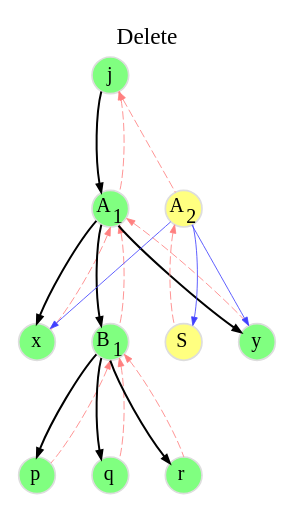
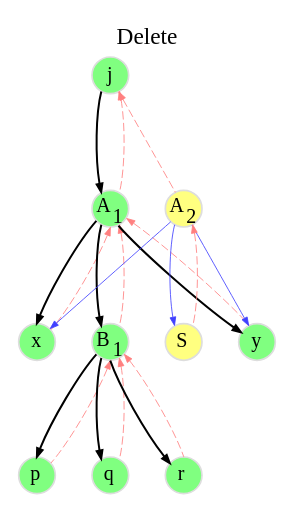
The diagram in docs/rcu/delete/d3.gv (flatcap/dparted), drawn with Graphviz before and after one commit. The commit also changed 10 other files, not shown here.

```diff
--- a/docs/rcu/delete/d3.gv
+++ b/docs/rcu/delete/d3.gv
@@ -1,65 +1,93 @@
 digraph delete {
 	graph [
 		rankdir="TB"
 		bgcolor="white"
 		color="white"
 		nodesep="0.3"
 		ranksep="0.8"
 		labelloc="t"
 		label="Delete"
 	];
 
 	node [
 		fontsize="12"
 		style="filled"
 		width="0.3"
 		height="0.3"
 		fixedsize="true"
 		penwidth="1.0"
 		color="#DDDDDD"
-		fillcolor="#80ff80"
 	];
 
 	edge [
 		penwidth="0.5"
 		color="#000000"
 		arrowsize="0.5"
 	];
 
 
-	C_j  [ label=<j>                                 ];
-	C_a1 [ label=<A<SUB>1</SUB>>                     ];
-	C_x  [ label=<x>                                 ];
-	C_b1 [ label=<B<SUB>1</SUB>>                     ];
-	C_s  [ label=<S>             fillcolor="#ffff80" ];
-	C_y  [ label=<y>                                 ];
-	C_p  [ label=<p>                                 ];
-	C_q  [ label=<q>                                 ];
-	C_r  [ label=<r>                                 ];
-	C_a2 [ label=<A<SUB>2</SUB>> fillcolor="#ffff80" ];
+	node [	// original
+		fillcolor="#80ff80"
+	];
 
-	C_j  -> C_a1 [ penwidth=1.2 ];
-	C_a1 -> C_x  [ penwidth=1.2 ];
-	C_a1 -> C_b1 [ penwidth=1.2 ];
-	C_a1 -> C_y  [ penwidth=1.2 ];
-	C_b1 -> C_p  [ penwidth=1.2 ];
-	C_b1 -> C_q  [ penwidth=1.2 ];
-	C_b1 -> C_r  [ penwidth=1.2 ];
+	C_j  [ label=<j>             ];
+	C_a1 [ label=<A<SUB>1</SUB>> ];
+	C_x  [ label=<x>             ];
+	C_b1 [ label=<B<SUB>1</SUB>> ];
+	C_y  [ label=<y>             ];
+	C_p  [ label=<p>             ];
+	C_q  [ label=<q>             ];
+	C_r  [ label=<r>             ];
 
-	C_j  -> C_a1 [ dir=back color="#ff8080" style=dashed ];
-	C_j  -> C_a2 [ dir=back color="#ff8080" style=dashed ];
-	C_a1 -> C_x  [ dir=back color="#ff8080" style=dashed ];
-	C_a1 -> C_b1 [ dir=back color="#ff8080" style=dashed ];
-	C_a1 -> C_y  [ dir=back color="#ff8080" style=dashed ];
-	C_b1 -> C_p  [ dir=back color="#ff8080" style=dashed ];
-	C_b1 -> C_q  [ dir=back color="#ff8080" style=dashed ];
-	C_b1 -> C_r  [ dir=back color="#ff8080" style=dashed ];
-	C_a2 -> C_s  [ dir=back color="#ff8080" style=dashed ];
+	node [	// changed
+		fillcolor="#ffff80"
+	];
 
-	C_a2 -> C_x  [ color="#4040ff" ];
-	C_a2 -> C_y  [ color="#4040ff" ];
-	C_a2 -> C_s  [ color="#4040ff" ];
+	C_s  [ label=<S>             ];
+	C_a2 [ label=<A<SUB>2</SUB>> ];
 
-	C_x -> C_b1 -> C_s -> C_y [ style=invis ];
+	edge [	// main line
+		penwidth=1.2;
+	];
+
+	C_j  -> C_a1;
+	C_a1 -> C_x;
+	C_a1 -> C_b1;
+	C_a1 -> C_y;
+	C_b1 -> C_p;
+	C_b1 -> C_q;
+	C_b1 -> C_r;
+
+	edge [	// copy
+		penwidth=0.5;
+		color="#4040ff";
+	];
+
+	C_a2 -> C_x;
+	C_a2 -> C_y;
+	C_a2 -> C_s;
+
+	edge [	// parent
+		dir=back;
+		penwidth=0.5;
+		color="#ff8080";
+		style=dashed;
+	];
+
+	C_j  -> C_a1;
+	C_j  -> C_a2;
+	C_a1 -> C_x;
+	C_a1 -> C_b1;
+	C_a1 -> C_y;
+	C_b1 -> C_p;
+	C_b1 -> C_q;
+	C_b1 -> C_r;
+	C_a2 -> C_s;
+
+	edge [	// invisible
+		style=invis;
+	];
+
+	C_x -> C_b1 -> C_s -> C_y;
 	{ rank=same C_x C_b1 C_s C_y }
 }
```
